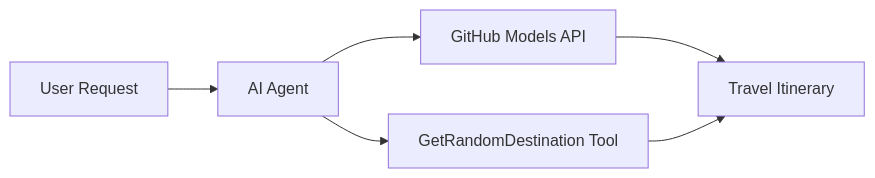
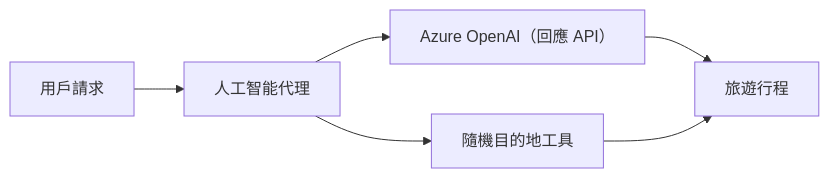
One commit to venturemavenwill/azureaifundamentals changed the diagram in translations/zh-HK/01-intro-to-ai-agents/code_samples/01-dotnet-agent-framework.md. Above: the diagram before and after it, drawn with Mermaid. The commit also changed other lines of this file and 4861 other files, not shown here.

````diff
--- a/translations/zh-HK/01-intro-to-ai-agents/code_samples/01-dotnet-agent-framework.md
+++ b/translations/zh-HK/01-intro-to-ai-agents/code_samples/01-dotnet-agent-framework.md
@@ -32,8 +32,8 @@
 ```mermaid
 graph LR
-    A[User Request] --> B[AI Agent]
-    B --> C[GitHub Models API]
-    B --> D[GetRandomDestination Tool]
-    C --> E[Travel Itinerary]
+    A[用戶請求] --> B[人工智能代理]
+    B --> C[Azure OpenAI（回應 API）]
+    B --> D[隨機目的地工具]
+    C --> E[旅遊行程]
     D --> E
 ```
````
